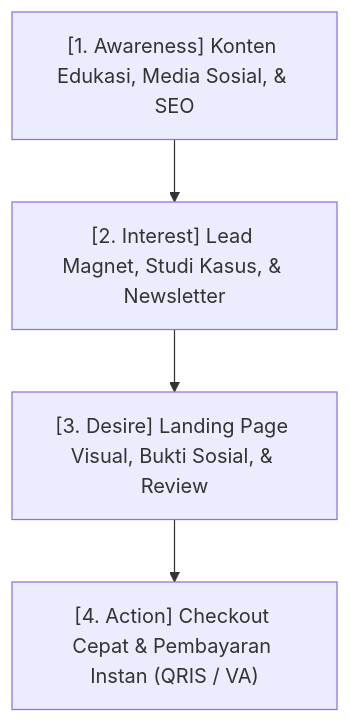
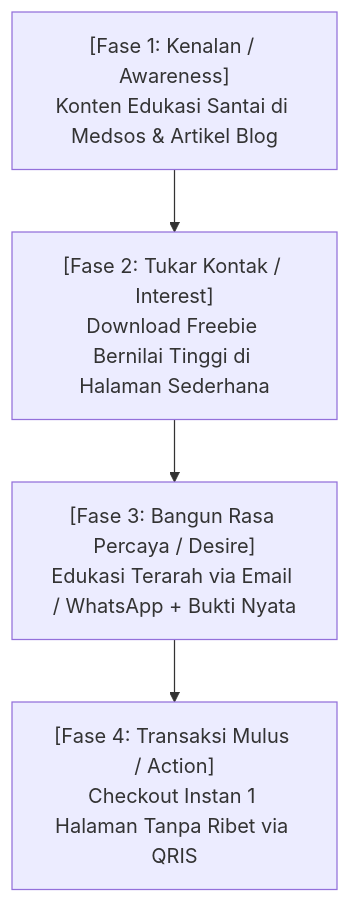
Before and after one commit to crediblemark-official/Blog-SiBi: the first of 2 diagrams in src/content/blog/membangun-mesin-penjualan-digital.md, drawn with Mermaid. The commit also changed other lines of this file and 83 other files, not shown here.

Commit message:
feat: alias sitemap.xml, tautan sitemap/rss di footer, dan pembaruan konten artikel

````diff
--- a/src/content/blog/membangun-mesin-penjualan-digital.md
+++ b/src/content/blog/membangun-mesin-penjualan-digital.md
@@ -25,7 +29,7 @@
 ```mermaid
 graph TD
-  A["[1. Awareness] Konten Edukasi, Media Sosial, & SEO"]
-  --> B["[2. Interest] Lead Magnet, Studi Kasus, & Newsletter"]
-  --> C["[3. Desire] Landing Page Visual, Bukti Sosial, & Review"]
-  --> D["[4. Action] Checkout Cepat & Pembayaran Instan (QRIS / VA)"]
+  A["[Fase 1: Kenalan / Awareness]<br/>Konten Edukasi Santai di Medsos & Artikel Blog"]
+  --> B["[Fase 2: Tukar Kontak / Interest]<br/>Download Freebie Bernilai Tinggi di Halaman Sederhana"]
+  --> C["[Fase 3: Bangun Rasa Percaya / Desire]<br/>Edukasi Terarah via Email / WhatsApp + Bukti Nyata"]
+  --> D["[Fase 4: Transaksi Mulus / Action]<br/>Checkout Instan 1 Halaman Tanpa Ribet via QRIS"]
 ```
````
